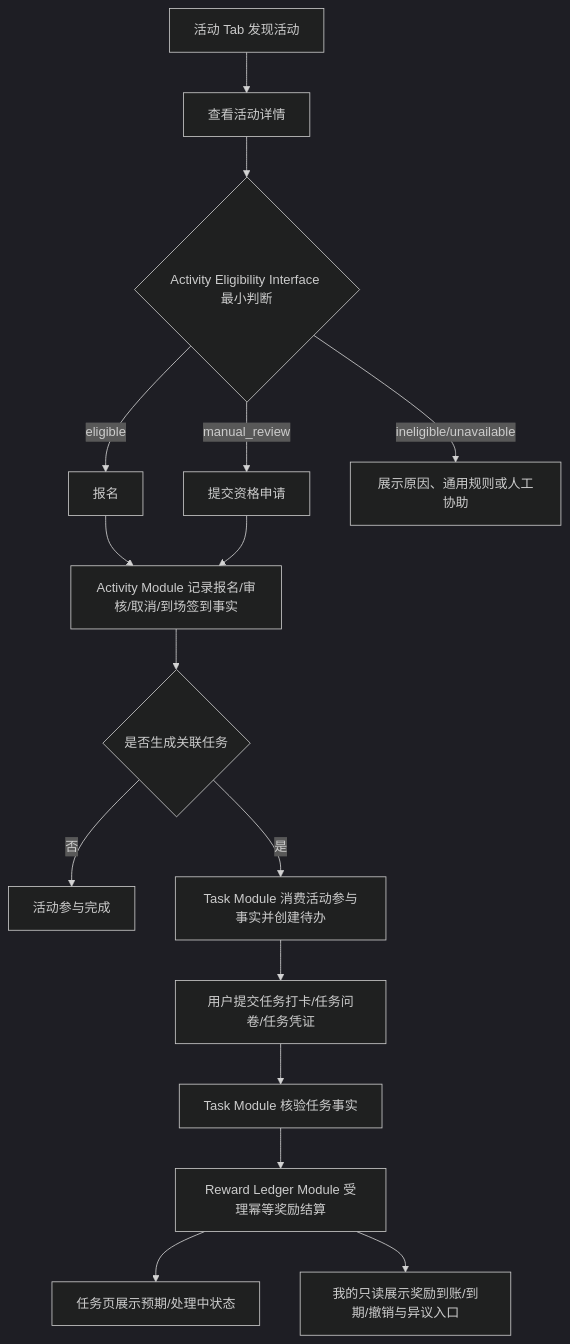
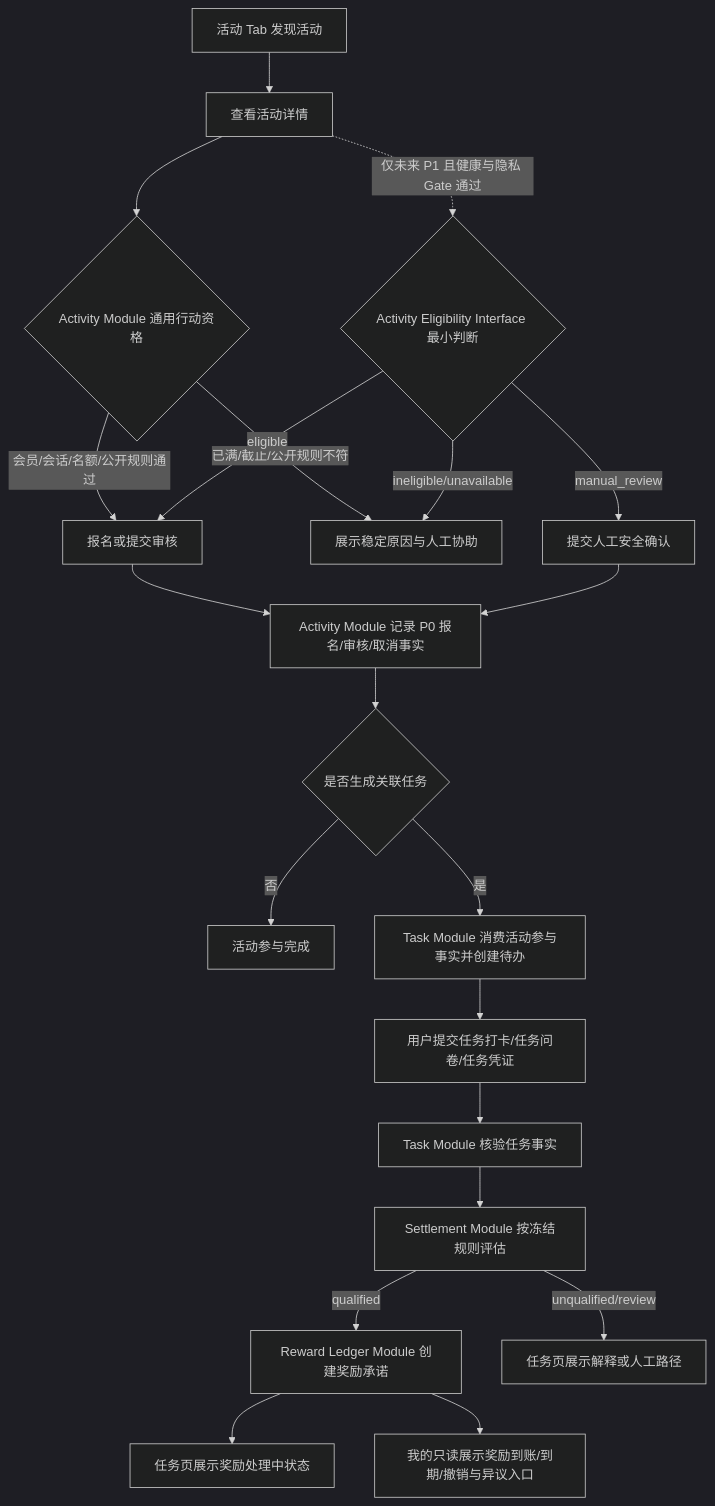
Before and after one commit to rijay/root: the third of 4 diagrams in docs/design.md, drawn with Mermaid (dark theme). The commit also changed other lines of this file and 562 other files, not shown here.

````diff
--- a/docs/design.md
+++ b/docs/design.md
@@ -324,18 +322,23 @@
 ```mermaid
 flowchart TD
   A["活动 Tab 发现活动"] --> B["查看活动详情"]
-  B --> C{"Activity Eligibility Interface 最小判断"}
-  C -->|eligible| D["报名"]
-  C -->|manual_review| E["提交资格申请"]
-  C -->|ineligible/unavailable| F["展示原因、通用规则或人工协助"]
-  D --> G["Activity Module 记录报名/审核/取消/到场签到事实"]
-  E --> G
+  B --> C{"Activity Module 通用行动资格"}
+  C -->|会员/会话/名额/公开规则通过| D["报名或提交审核"]
+  C -->|已满/截止/公开规则不符| F["展示稳定原因与人工协助"]
+  B -. 仅未来 P1 且健康与隐私 Gate 通过 .-> E{"Activity Eligibility Interface 最小判断"}
+  E -->|eligible| D
+  E -->|manual_review| R["提交人工安全确认"]
+  E -->|ineligible/unavailable| F
+  D --> G["Activity Module 记录 P0 报名/审核/取消事实"]
+  R --> G
   G --> H{"是否生成关联任务"}
   H -->|否| I["活动参与完成"]
   H -->|是| J["Task Module 消费活动参与事实并创建待办"]
   J --> K["用户提交任务打卡/任务问卷/任务凭证"]
   K --> L["Task Module 核验任务事实"]
-  L --> M["Reward Ledger Module 受理幂等奖励结算"]
-  M --> N["任务页展示预期/处理中状态"]
-  M --> O["我的只读展示奖励到账/到期/撤销与异议入口"]
+  L --> M["Settlement Module 按冻结规则评估"]
+  M -->|qualified| N["Reward Ledger Module 创建奖励承诺"]
+  M -->|unqualified/review| O["任务页展示解释或人工路径"]
+  N --> P["任务页展示奖励处理中状态"]
+  N --> Q["我的只读展示奖励到账/到期/撤销与异议入口"]
 ```
````
